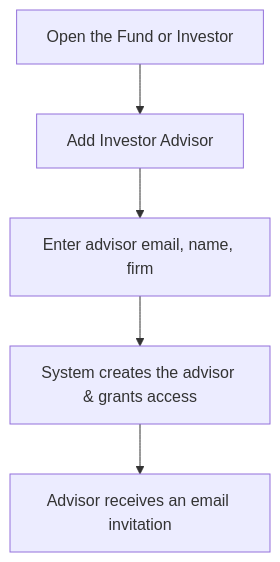
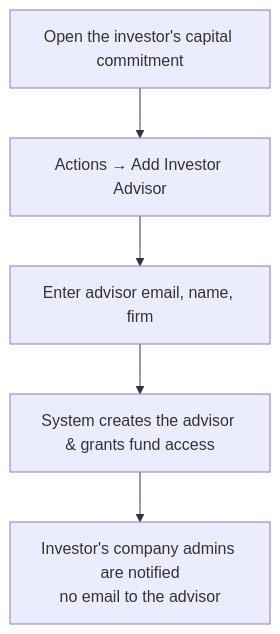
The second of 2 diagrams in docs/user_guides/investor_advisor_user_guide.md (sampadadiwan/IRM_CompanyMain), drawn with Mermaid before and after one commit. The commit also changed other lines of this file and 135 other files, not shown here.

````diff
--- a/docs/user_guides/investor_advisor_user_guide.md
+++ b/docs/user_guides/investor_advisor_user_guide.md
@@ -56,7 +59,7 @@
 ```mermaid
 flowchart TD
-    A[Open the Fund or Investor] --> B[Add Investor Advisor]
+    A[Open the investor's capital commitment] --> B[Actions → Add Investor Advisor]
     B --> C[Enter advisor email, name, firm]
-    C --> D[System creates the advisor & grants access]
-    D --> E[Advisor receives an email invitation]
+    C --> D[System creates the advisor & grants fund access]
+    D --> E[Investor's company admins are notified<br/>no email to the advisor]
 ```
````
